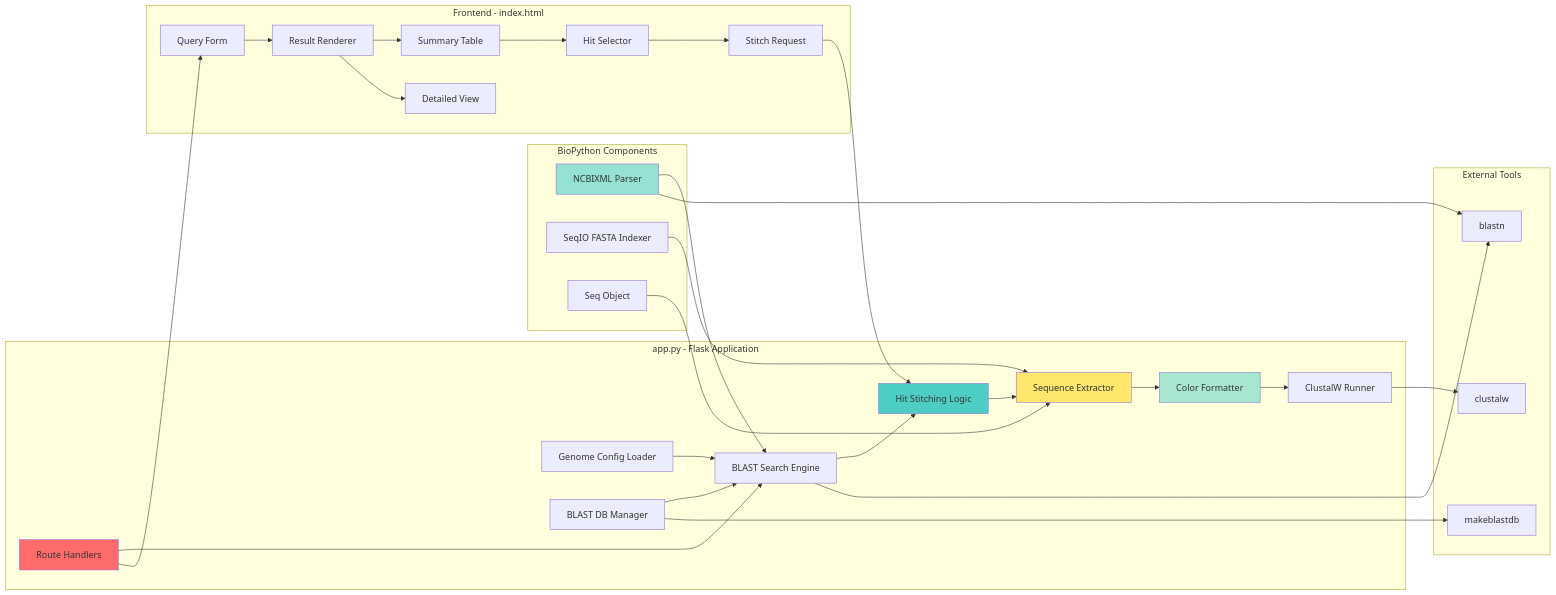
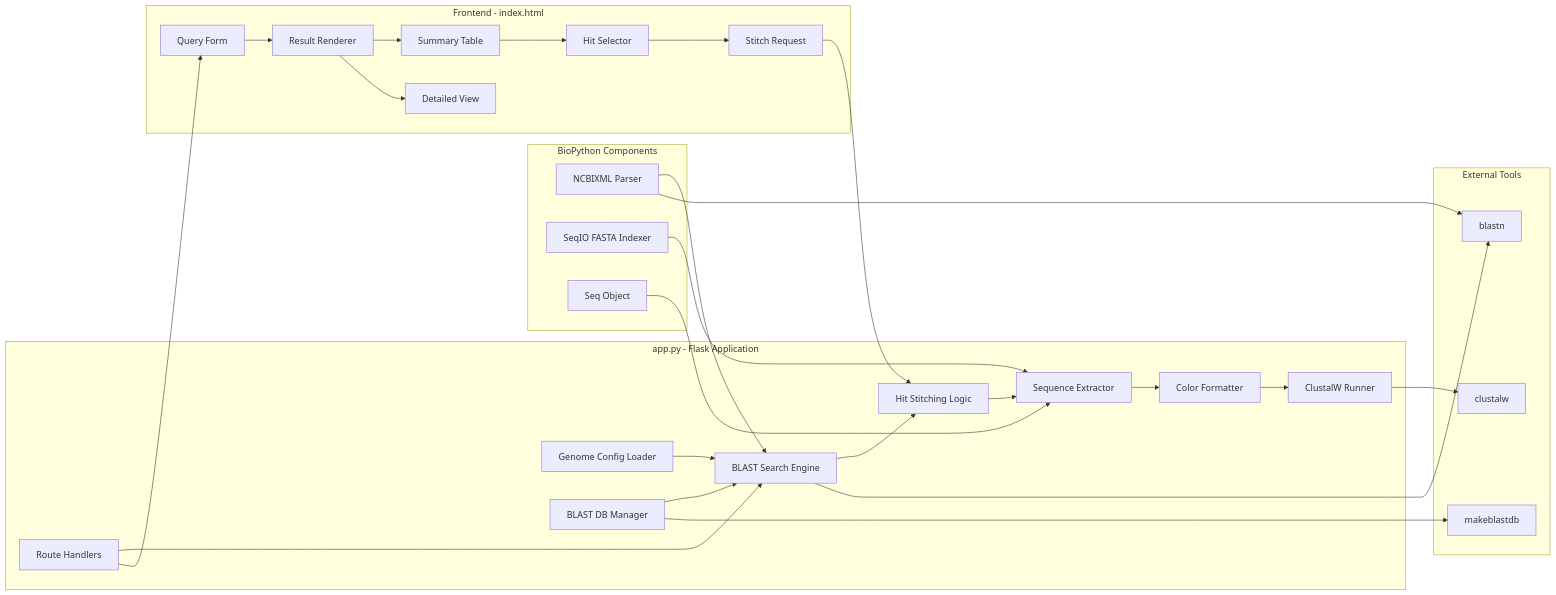
One commit to yaho3122/lab-apps-portfolio changed the second of 6 diagrams in Bioinformatics-Tools/BlastN/architecture.md. Above: the diagram before and after it, drawn with Mermaid. The commit also changed other lines of this file, not shown here.

````diff
--- a/Bioinformatics-Tools/BlastN/architecture.md
+++ b/Bioinformatics-Tools/BlastN/architecture.md
@@ -157,46 +153,42 @@
 ```mermaid
 graph LR
     subgraph "app.py - Flask Application"
         A[Route Handlers] --> B[BLAST Search Engine]
         B --> C[Hit Stitching Logic]
         C --> D[Sequence Extractor]
         D --> E[Color Formatter]
         E --> F[ClustalW Runner]
         
         G[Genome Config Loader] --> B
         H[BLAST DB Manager] --> B
     end
     
     subgraph "BioPython Components"
         I[NCBIXML Parser] --> B
         J[SeqIO FASTA Indexer] --> D
         K[Seq Object] --> D
     end
     
     subgraph "External Tools"
         L[makeblastdb]
         M[blastn]
         N[clustalw]
     end
     
     subgraph "Frontend - index.html"
         O[Query Form] --> P[Result Renderer]
         P --> Q[Summary Table]
         P --> R[Detailed View]
         Q --> S[Hit Selector]
         S --> T[Stitch Request]
     end
     
     A --> O
     B --> M
     H --> L
     F --> N
     I --> M
     T --> C
     
-    style A fill:#ff6b6b
-    style C fill:#4ecdc4
-    style D fill:#ffe66d
-    style E fill:#a8e6cf
-    style I fill:#95e1d3
+  
 ```
````
